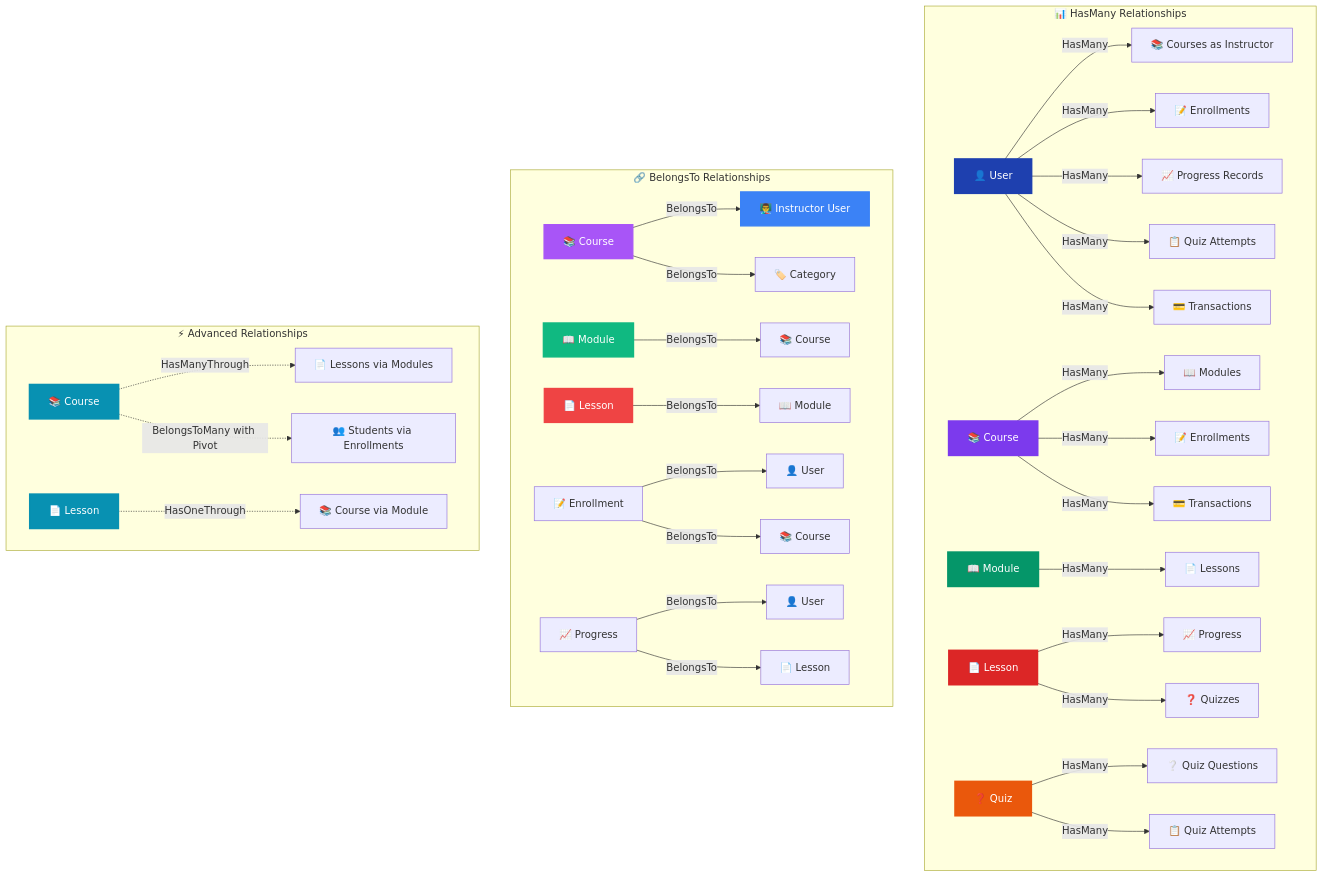
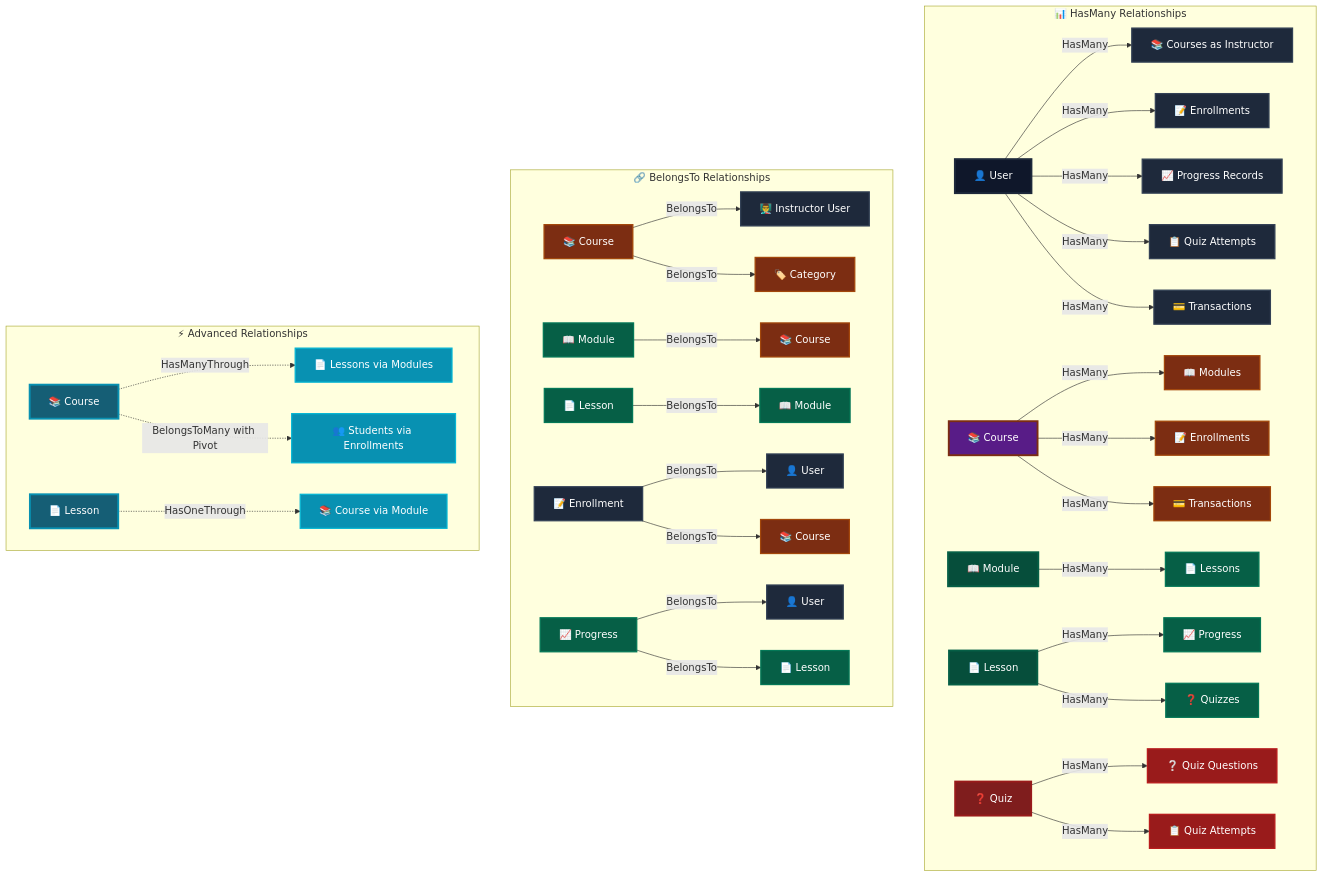
The second of 8 diagrams in README.md (Shakhoyat/learning_management_system), drawn with Mermaid before and after one commit. The commit also changed other lines of this file, not shown here.

````diff
--- a/README.md
+++ b/README.md
@@ -363,17 +381,45 @@
         L6[📄 Lesson] -.->|HasOneThrough| C7[📚 Course via Module]
     end
     
-    style U1 fill:#1e40af,stroke:#1e40af,stroke-width:3px,color:#fff
-    style C2 fill:#7c3aed,stroke:#7c3aed,stroke-width:3px,color:#fff
-    style M2 fill:#059669,stroke:#059669,stroke-width:3px,color:#fff
-    style L2 fill:#dc2626,stroke:#dc2626,stroke-width:3px,color:#fff
-    style Q2 fill:#ea580c,stroke:#ea580c,stroke-width:3px,color:#fff
+    style U1 fill:#0f172a,stroke:#1e293b,stroke-width:3px,color:#ffffff
+    style C1 fill:#1e293b,stroke:#334155,stroke-width:2px,color:#ffffff
+    style E1 fill:#1e293b,stroke:#334155,stroke-width:2px,color:#ffffff
+    style P1 fill:#1e293b,stroke:#334155,stroke-width:2px,color:#ffffff
+    style QA1 fill:#1e293b,stroke:#334155,stroke-width:2px,color:#ffffff
+    style T1 fill:#1e293b,stroke:#334155,stroke-width:2px,color:#ffffff
     
-    style U2 fill:#3b82f6,stroke:#3b82f6,stroke-width:2px,color:#fff
-    style C3 fill:#a855f7,stroke:#a855f7,stroke-width:2px,color:#fff
-    style M3 fill:#10b981,stroke:#10b981,stroke-width:2px,color:#fff
-    style L3 fill:#ef4444,stroke:#ef4444,stroke-width:2px,color:#fff
+    style C2 fill:#581c87,stroke:#7c2d12,stroke-width:3px,color:#ffffff
+    style M1 fill:#7c2d12,stroke:#a3470a,stroke-width:2px,color:#ffffff
+    style E2 fill:#7c2d12,stroke:#a3470a,stroke-width:2px,color:#ffffff
+    style T2 fill:#7c2d12,stroke:#a3470a,stroke-width:2px,color:#ffffff
     
-    style C6 fill:#0891b2,stroke:#0891b2,stroke-width:3px,color:#fff
-    style L6 fill:#0891b2,stroke:#0891b2,stroke-width:3px,color:#fff
+    style M2 fill:#064e3b,stroke:#065f46,stroke-width:3px,color:#ffffff
+    style L1 fill:#065f46,stroke:#047857,stroke-width:2px,color:#ffffff
+    style L2 fill:#064e3b,stroke:#065f46,stroke-width:3px,color:#ffffff
+    style P2 fill:#065f46,stroke:#047857,stroke-width:2px,color:#ffffff
+    style Q1 fill:#065f46,stroke:#047857,stroke-width:2px,color:#ffffff
+    
+    style Q2 fill:#7f1d1d,stroke:#991b1b,stroke-width:3px,color:#ffffff
+    style QQ1 fill:#991b1b,stroke:#b91c1c,stroke-width:2px,color:#ffffff
+    style QA2 fill:#991b1b,stroke:#b91c1c,stroke-width:2px,color:#ffffff
+    
+    style U2 fill:#1e293b,stroke:#334155,stroke-width:2px,color:#ffffff
+    style C3 fill:#7c2d12,stroke:#a3470a,stroke-width:2px,color:#ffffff
+    style CAT1 fill:#7c2d12,stroke:#a3470a,stroke-width:2px,color:#ffffff
+    style M3 fill:#065f46,stroke:#047857,stroke-width:2px,color:#ffffff
+    style L3 fill:#065f46,stroke:#047857,stroke-width:2px,color:#ffffff
+    style C4 fill:#7c2d12,stroke:#a3470a,stroke-width:2px,color:#ffffff
+    style M4 fill:#065f46,stroke:#047857,stroke-width:2px,color:#ffffff
+    style E3 fill:#1e293b,stroke:#334155,stroke-width:2px,color:#ffffff
+    style U3 fill:#1e293b,stroke:#334155,stroke-width:2px,color:#ffffff
+    style C5 fill:#7c2d12,stroke:#a3470a,stroke-width:2px,color:#ffffff
+    style P3 fill:#065f46,stroke:#047857,stroke-width:2px,color:#ffffff
+    style U4 fill:#1e293b,stroke:#334155,stroke-width:2px,color:#ffffff
+    style L4 fill:#065f46,stroke:#047857,stroke-width:2px,color:#ffffff
+    
+    style C6 fill:#155e75,stroke:#0891b2,stroke-width:3px,color:#ffffff
+    style L5 fill:#0891b2,stroke:#06b6d4,stroke-width:2px,color:#ffffff
+    style U5 fill:#0891b2,stroke:#06b6d4,stroke-width:2px,color:#ffffff
+    style L6 fill:#155e75,stroke:#0891b2,stroke-width:3px,color:#ffffff
+    style C7 fill:#0891b2,stroke:#06b6d4,stroke-width:2px,color:#ffffff
 ```
````
